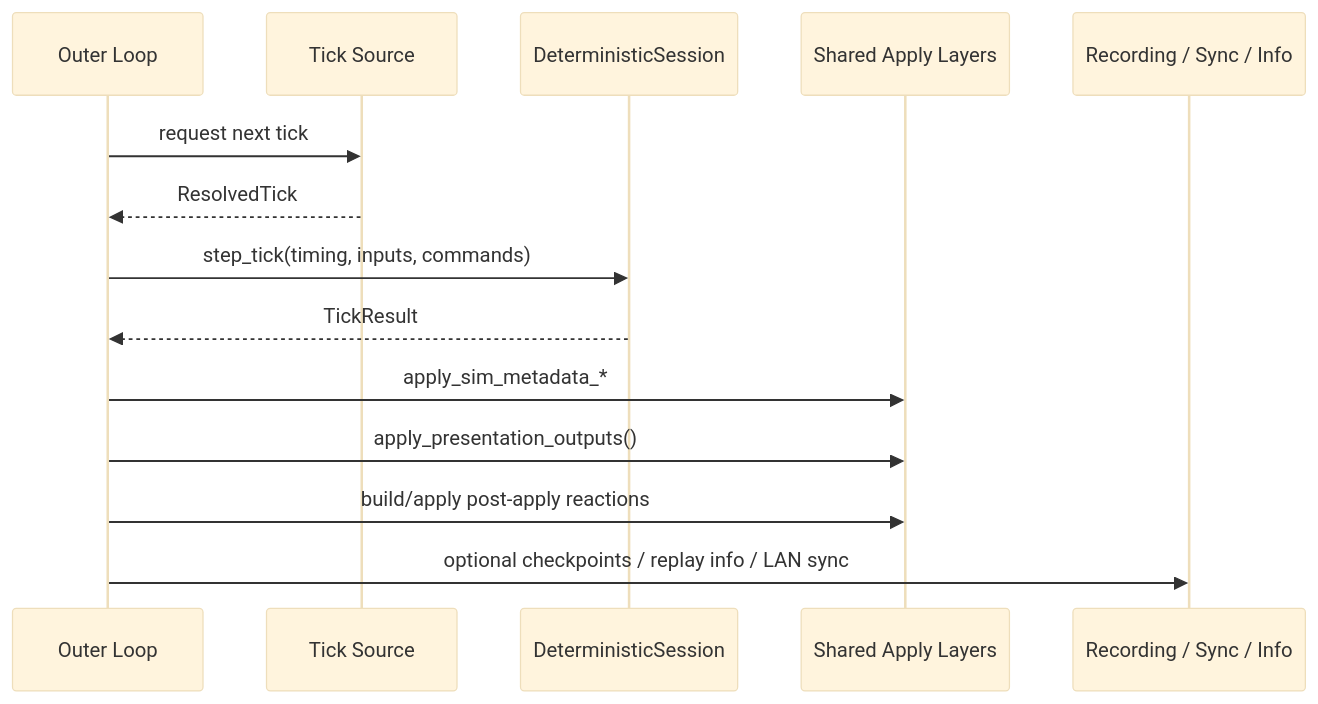
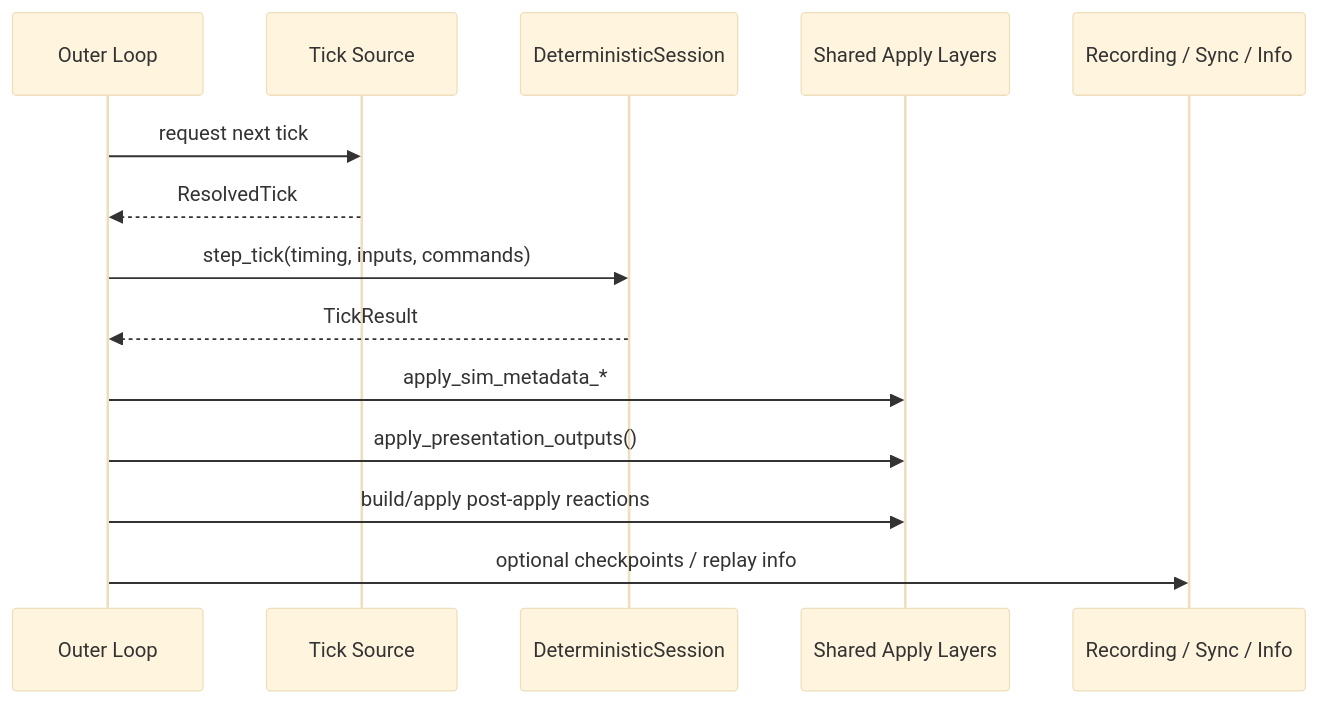
One commit to banteg/crimson changed the third of 3 diagrams in docs/rewrite/deterministic-step-pipeline.md. Above: the diagram before and after it, drawn with Mermaid (base theme). The commit also changed other lines of this file and 164 other files, not shown here.

````diff
--- a/docs/rewrite/deterministic-step-pipeline.md
+++ b/docs/rewrite/deterministic-step-pipeline.md
@@ -145,17 +145,17 @@
 ```mermaid
 sequenceDiagram
     participant Outer as Outer Loop
     participant Source as Tick Source
     participant Session as DeterministicSession
     participant Apply as Shared Apply Layers
     participant Hooks as Recording / Sync / Info
 
     Outer->>Source: request next tick
     Source-->>Outer: ResolvedTick
     Outer->>Session: step_tick(timing, inputs, commands)
     Session-->>Outer: TickResult
     Outer->>Apply: apply_sim_metadata_*
     Outer->>Apply: apply_presentation_outputs()
     Outer->>Apply: build/apply post-apply reactions
-    Outer->>Hooks: optional checkpoints / replay info / LAN sync
+    Outer->>Hooks: optional checkpoints / replay info
 ```
````
